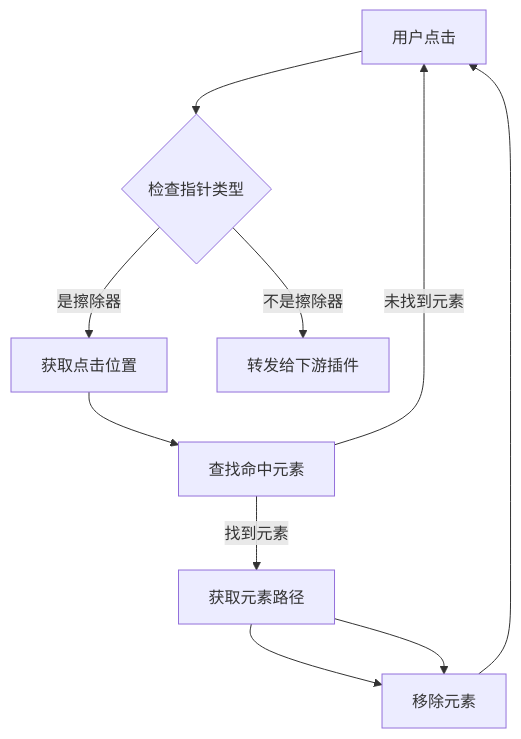
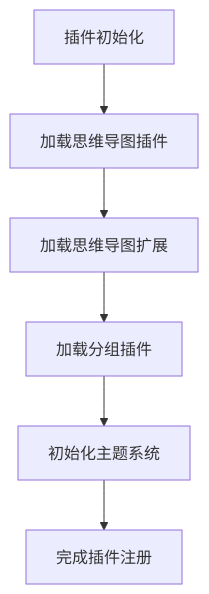
One commit to LRF0422/Kotion changed the ninth of 10 diagrams in .qoder/repowiki/zh/content/Plugin Drawnix.md. Above: the diagram before and after it, drawn with Mermaid. The commit also changed other lines of this file and 14 other files, not shown here.

````diff
--- a/.qoder/repowiki/zh/content/Plugin Drawnix.md
+++ b/.qoder/repowiki/zh/content/Plugin Drawnix.md
@@ -343,12 +327,8 @@
 ```mermaid
 flowchart TD
-A[用户点击] --> B{检查指针类型}
-C[获取点击位置] --> D[查找命中元素]
-E[获取元素路径] --> F[移除元素]
-B --> |不是擦除器| G[转发给下游插件]
-B --> |是擦除器| C
-D --> |找到元素| E
-D --> |未找到元素| A
-E --> F
-F --> A
+A[插件初始化] --> B[加载思维导图插件]
+B --> C[加载思维导图扩展]
+C --> D[加载分组插件]
+D --> E[初始化主题系统]
+E --> F[完成插件注册]
 ```
````
